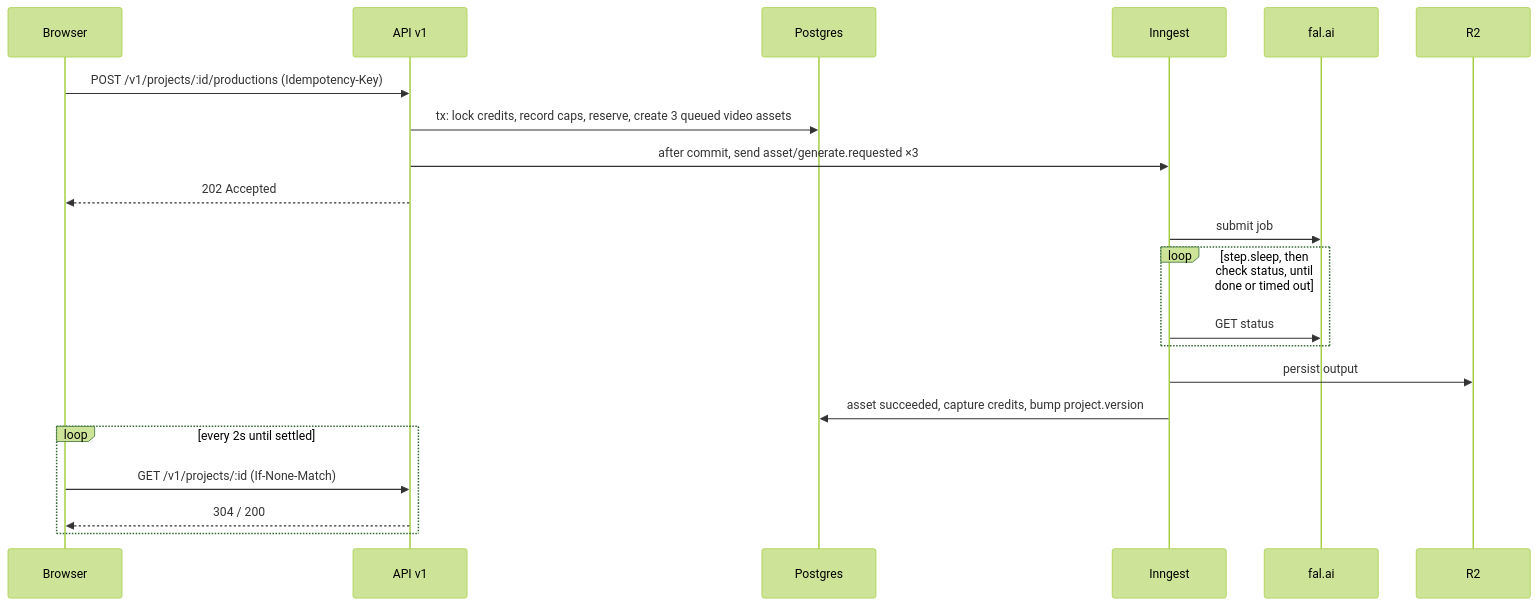
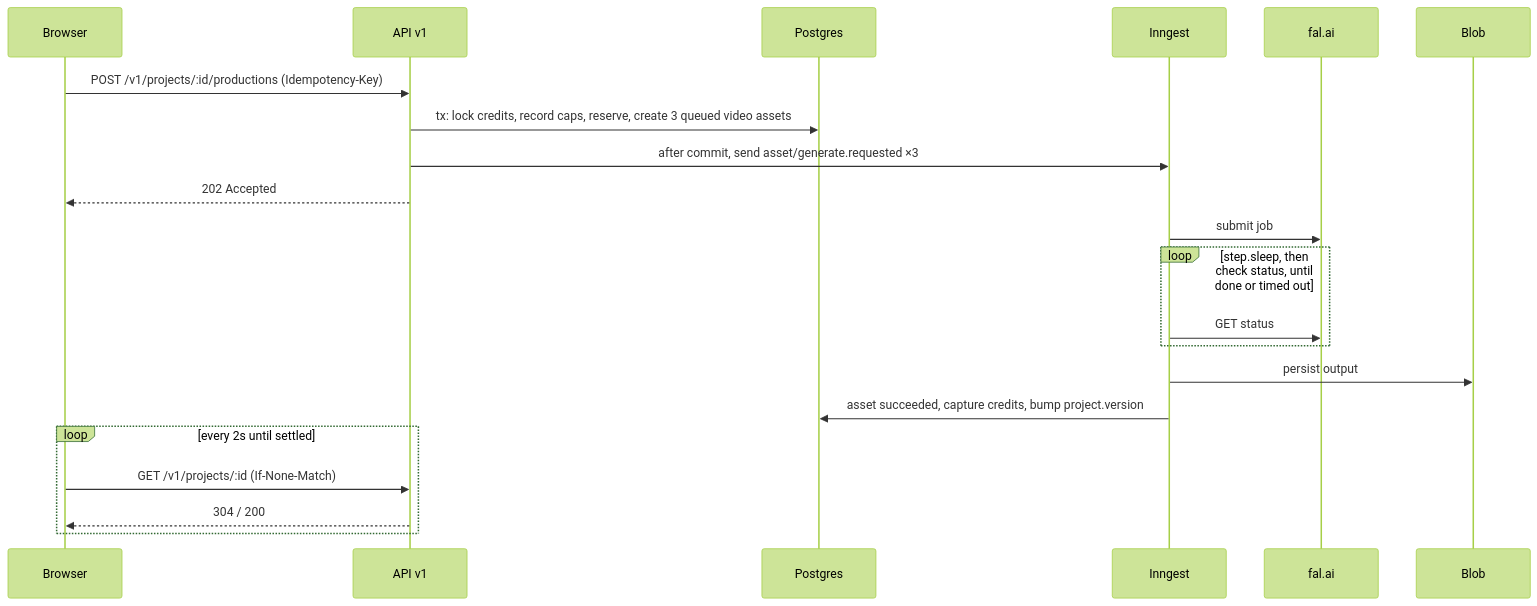
One commit to Webtech12/higgsfield-ai-clone changed the fifth of 5 diagrams in docs/architecture.md. Above: the diagram before and after it, drawn with Mermaid (forest theme). The commit also changed other lines of this file and 8 other files, not shown here.

````diff
--- a/docs/architecture.md
+++ b/docs/architecture.md
@@ -349,23 +349,23 @@
 ```mermaid
 sequenceDiagram
   participant B as Browser
   participant API as API v1
   participant DB as Postgres
   participant WF as Inngest
   participant P as fal.ai
-  participant S as R2
+  participant S as Blob
   B->>API: POST /v1/projects/:id/productions (Idempotency-Key)
   API->>DB: tx: lock credits, record caps, reserve, create 3 queued video assets
   API->>WF: after commit, send asset/generate.requested ×3
   API-->>B: 202 Accepted
   WF->>P: submit job
   loop step.sleep, then check status, until done or timed out
     WF->>P: GET status
   end
   WF->>S: persist output
   WF->>DB: asset succeeded, capture credits, bump project.version
   loop every 2s until settled
     B->>API: GET /v1/projects/:id (If-None-Match)
     API-->>B: 304 / 200
   end
 ```
````
